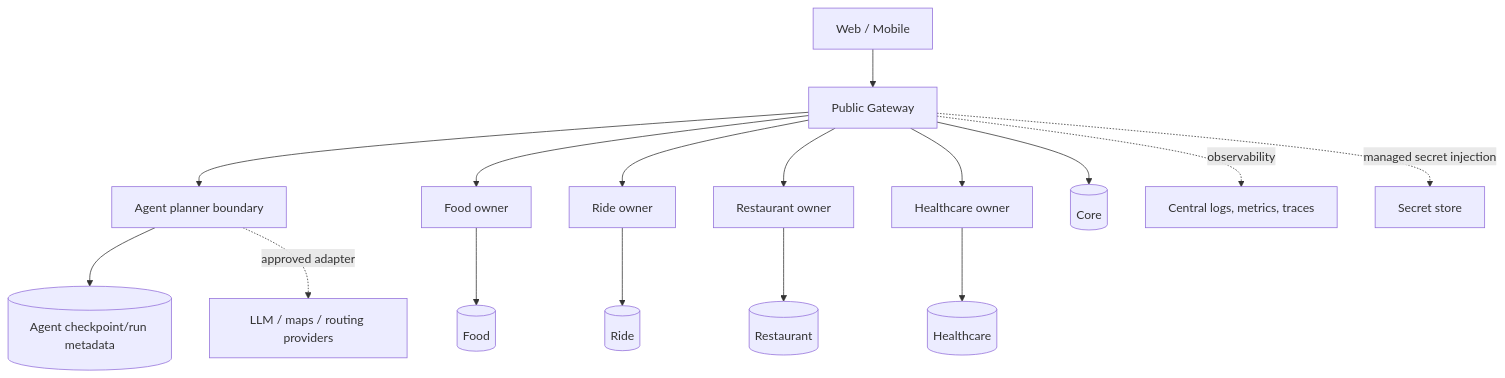
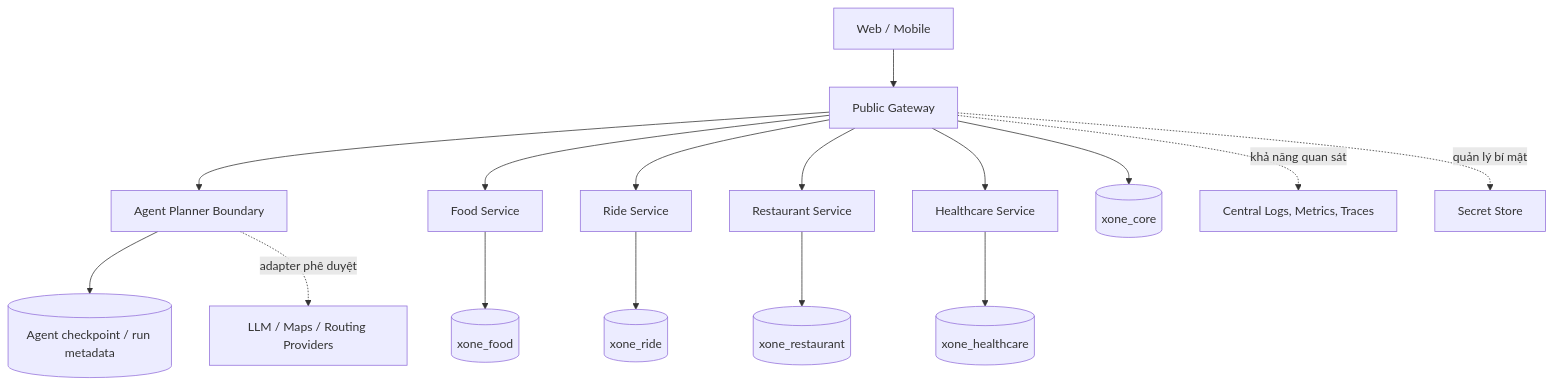
The fourth of 4 diagrams in docs/architecture_diagram.md (codecuatai/P-018), drawn with Mermaid before and after one commit. The commit also changed other lines of this file and 71 other files, not shown here.

````diff
--- a/docs/architecture_diagram.md
+++ b/docs/architecture_diagram.md
@@ -139,20 +112,20 @@
 ```mermaid
 flowchart TB
   Client[Web / Mobile] --> Edge[Public Gateway]
-  Edge --> AgentTarget[Agent planner boundary]
-  Edge --> FoodTarget[Food owner]
-  Edge --> RideTarget[Ride owner]
-  Edge --> RestaurantTarget[Restaurant owner]
-  Edge --> HealthTarget[Healthcare owner]
+  Edge --> AgentTarget[Agent Planner Boundary]
+  Edge --> FoodTarget[Food Service]
+  Edge --> RideTarget[Ride Service]
+  Edge --> RestaurantTarget[Restaurant Service]
+  Edge --> HealthTarget[Healthcare Service]
 
-  AgentTarget --> AgentStore[(Agent checkpoint/run metadata)]
-  Edge --> CoreTarget[(Core)]
-  FoodTarget --> FoodTargetDB[(Food)]
-  RideTarget --> RideTargetDB[(Ride)]
-  RestaurantTarget --> RestaurantTargetDB[(Restaurant)]
-  HealthTarget --> HealthTargetDB[(Healthcare)]
+  AgentTarget --> AgentStore[(Agent checkpoint / run metadata)]
+  Edge --> CoreTarget[(xone_core)]
+  FoodTarget --> FoodTargetDB[(xone_food)]
+  RideTarget --> RideTargetDB[(xone_ride)]
+  RestaurantTarget --> RestaurantTargetDB[(xone_restaurant)]
+  HealthTarget --> HealthTargetDB[(xone_healthcare)]
 
-  Edge -. observability .-> Telemetry[Central logs, metrics, traces]
-  Edge -. managed secret injection .-> Secrets[Secret store]
-  AgentTarget -. approved adapter .-> Providers[LLM / maps / routing providers]
+  Edge -. khả năng quan sát .-> Telemetry[Central Logs, Metrics, Traces]
+  Edge -. quản lý bí mật .-> Secrets[Secret Store]
+  AgentTarget -. adapter phê duyệt .-> Providers[LLM / Maps / Routing Providers]
 ```
````
